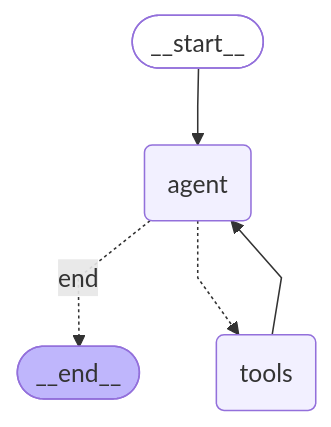
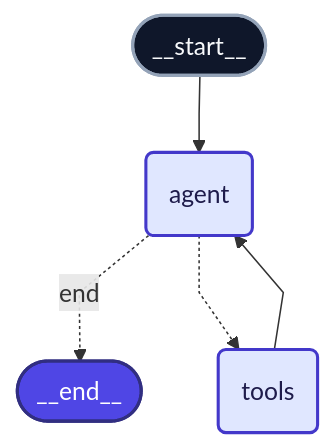
The first of 8 diagrams in README.md (SeifMahmoud63/CTO-Copilot), drawn with Mermaid before and after one commit. The commit also changed other lines of this file and 1 other file, not shown here.

Commit message:
docs: remove roadmap from README and annotate env.example

````diff
--- a/README.md
+++ b/README.md
@@ -239,19 +239,19 @@
 ```mermaid
 ---
 config:
   flowchart:
     curve: linear
 ---
 graph TD;
 	__start__([__start__]):::first
 	agent(agent)
 	tools(tools)
 	__end__([__end__]):::last
 	__start__ --> agent;
 	agent -. end .-> __end__;
 	agent -.-> tools;
 	tools --> agent;
-	classDef default fill:#f2f0ff,line-height:1.2
-	classDef first fill-opacity:0
-	classDef last fill:#bfb6fc
+	classDef default fill:#e0e7ff,stroke:#4338ca,stroke-width:2px,color:#1e1b4b
+	classDef first fill:#0f172a,stroke:#94a3b8,stroke-width:2px,color:#f8fafc
+	classDef last fill:#4f46e5,stroke:#312e81,stroke-width:2px,color:#ffffff
 ```
````
